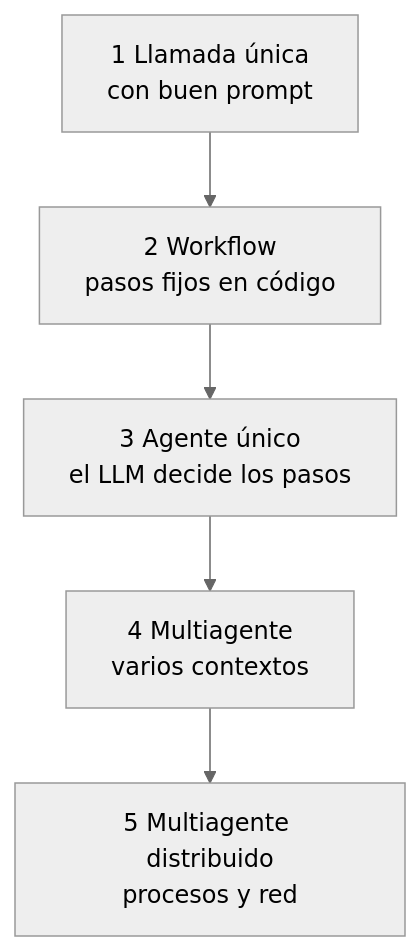
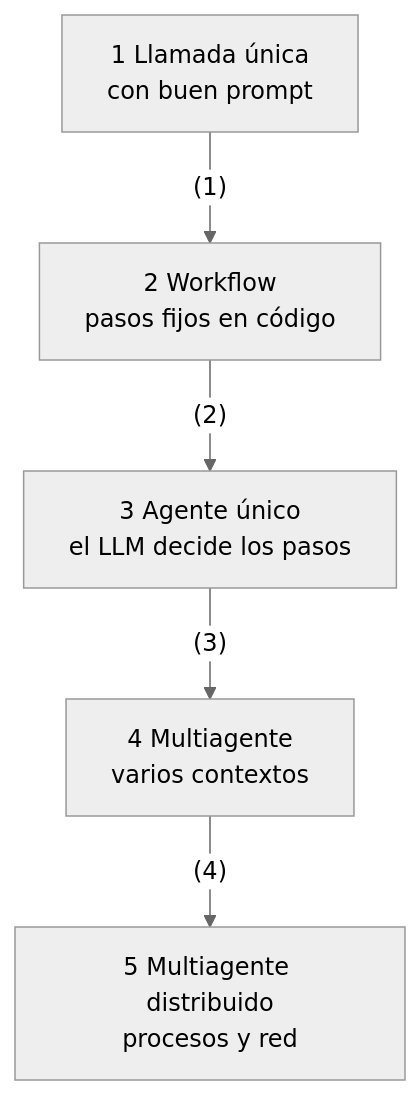
Before and after one commit to whinedo/ai-docs: the second of 47 diagrams in md/Patrones aplicados al desarrollo de agentes.md, drawn with Mermaid (neutral theme). The commit also changed other lines of this file and 12 other files, not shown here.

````diff
--- a/md/Patrones aplicados al desarrollo de agentes.md
+++ b/md/Patrones aplicados al desarrollo de agentes.md
@@ -50,7 +133,7 @@
 ```mermaid
 flowchart TB
-  L1["1 Llamada única<br/>con buen prompt"] --> L2["2 Workflow<br/>pasos fijos en código"]
-  L2 --> L3["3 Agente único<br/>el LLM decide los pasos"]
-  L3 --> L4["4 Multiagente<br/>varios contextos"]
-  L4 --> L5["5 Multiagente distribuido<br/>procesos y red"]
+  L1["1 Llamada única<br/>con buen prompt"] -- "(1)" --> L2["2 Workflow<br/>pasos fijos en código"]
+  L2 -- "(2)" --> L3["3 Agente único<br/>el LLM decide los pasos"]
+  L3 -- "(3)" --> L4["4 Multiagente<br/>varios contextos"]
+  L4 -- "(4)" --> L5["5 Multiagente distribuido<br/>procesos y red"]
 ```
````
